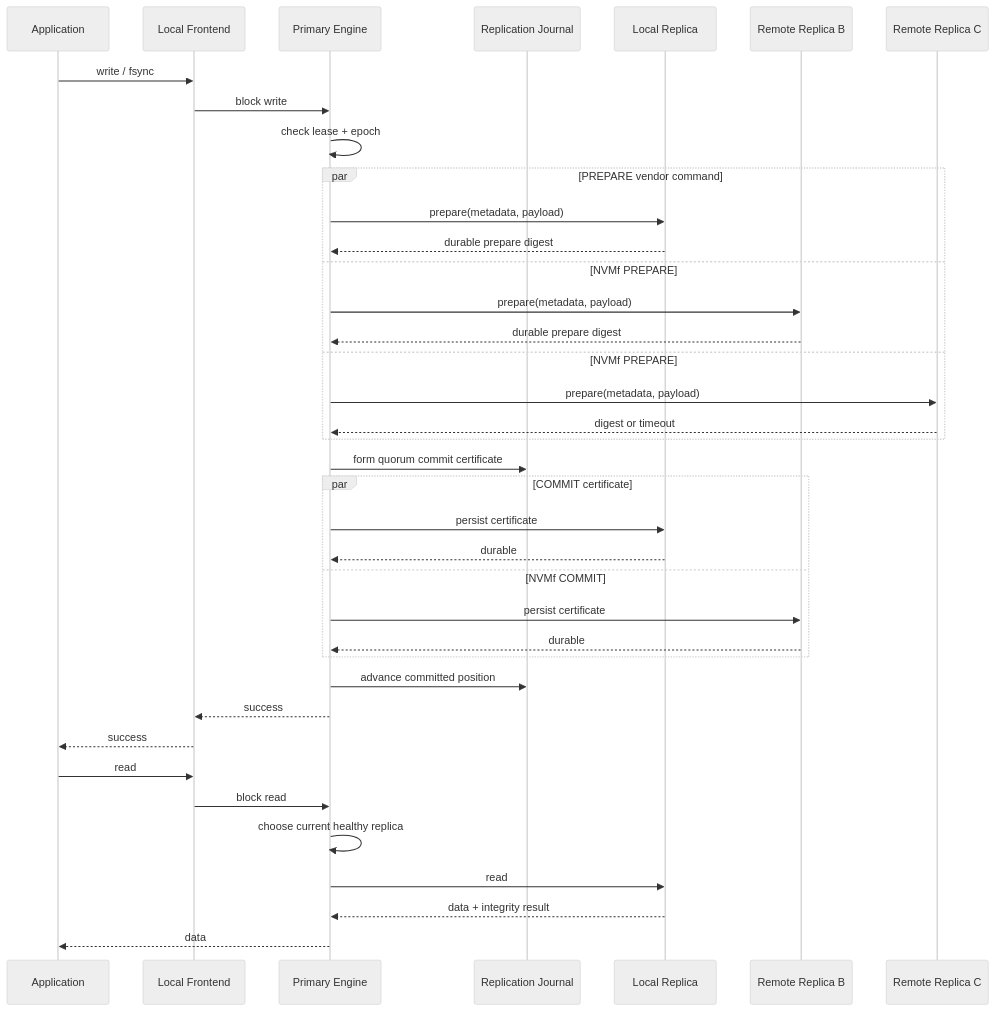
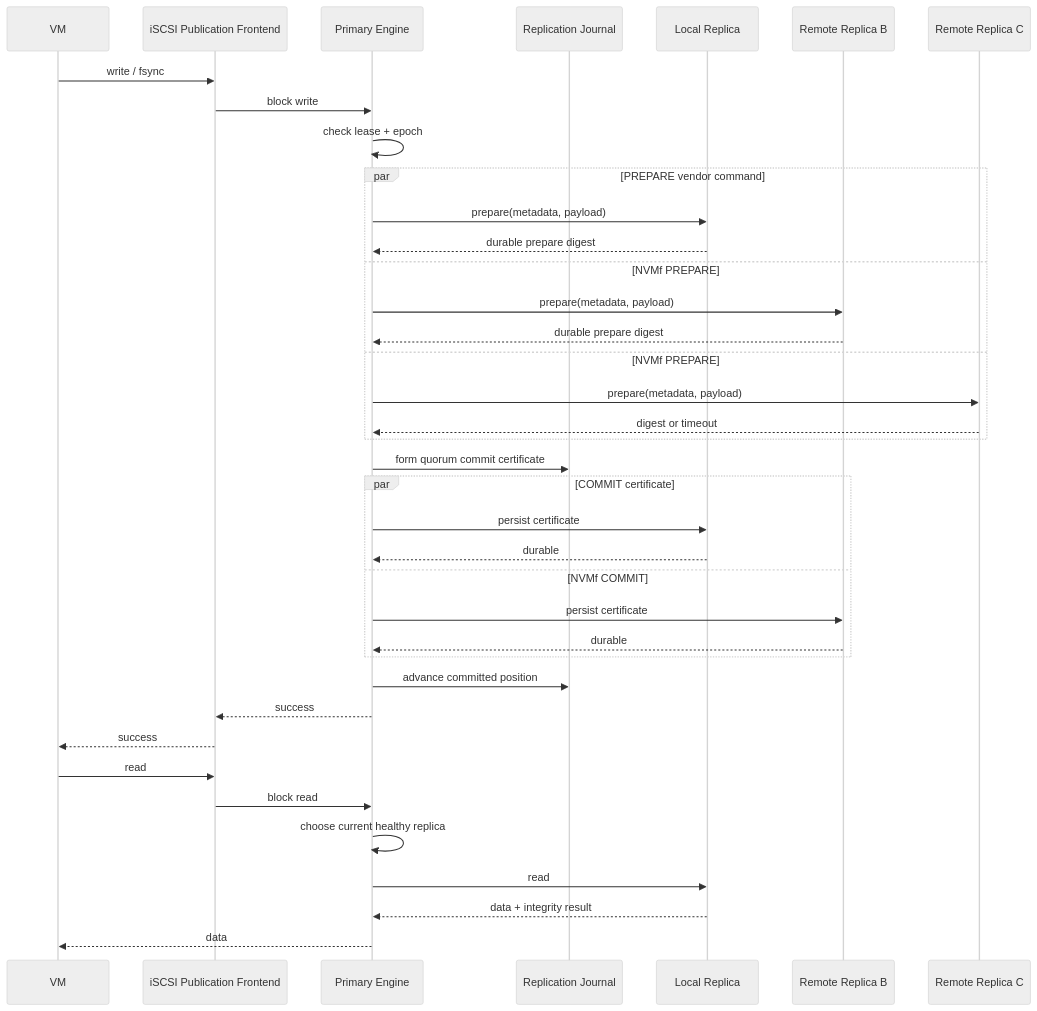
One commit to fanyang89/zettide-mono changed the fourth of 5 diagrams in docs/architecture/zh-CN/06-io-and-control-flows.md. Above: the diagram before and after it, drawn with Mermaid (neutral theme). The commit also changed other lines of this file and 15 other files, not shown here.

Commit message:
docs: define staged storage architecture

````diff
--- a/docs/architecture/zh-CN/06-io-and-control-flows.md
+++ b/docs/architecture/zh-CN/06-io-and-control-flows.md
@@ -97,42 +125,42 @@
 ```mermaid
 sequenceDiagram
-    participant App as Application
-    participant F as Local Frontend
+    participant App as VM
+    participant F as iSCSI Publication Frontend
     participant P as Primary Engine
     participant J as Replication Journal
     participant L as Local Replica
     participant R1 as Remote Replica B
     participant R2 as Remote Replica C
 
     App->>F: write / fsync
     F->>P: block write
     P->>P: check lease + epoch
     par PREPARE vendor command
         P->>L: prepare(metadata, payload)
         L-->>P: durable prepare digest
     and NVMf PREPARE
         P->>R1: prepare(metadata, payload)
         R1-->>P: durable prepare digest
     and NVMf PREPARE
         P->>R2: prepare(metadata, payload)
         R2-->>P: digest or timeout
     end
     P->>J: form quorum commit certificate
     par COMMIT certificate
         P->>L: persist certificate
         L-->>P: durable
     and NVMf COMMIT
         P->>R1: persist certificate
         R1-->>P: durable
     end
     P->>J: advance committed position
     P-->>F: success
     F-->>App: success
 
     App->>F: read
     F->>P: block read
     P->>P: choose current healthy replica
     P->>L: read
     L-->>P: data + integrity result
     P-->>App: data
 ```
````
